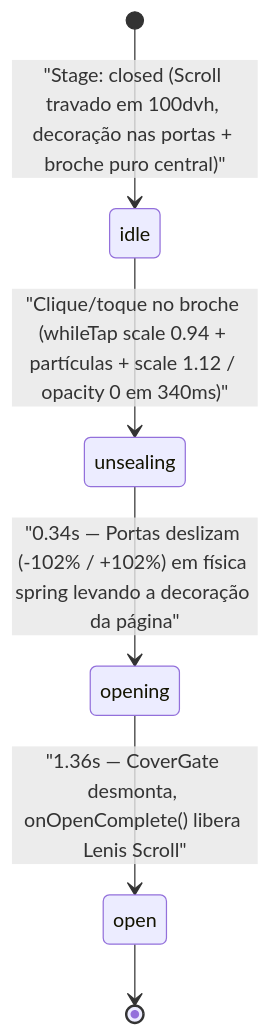
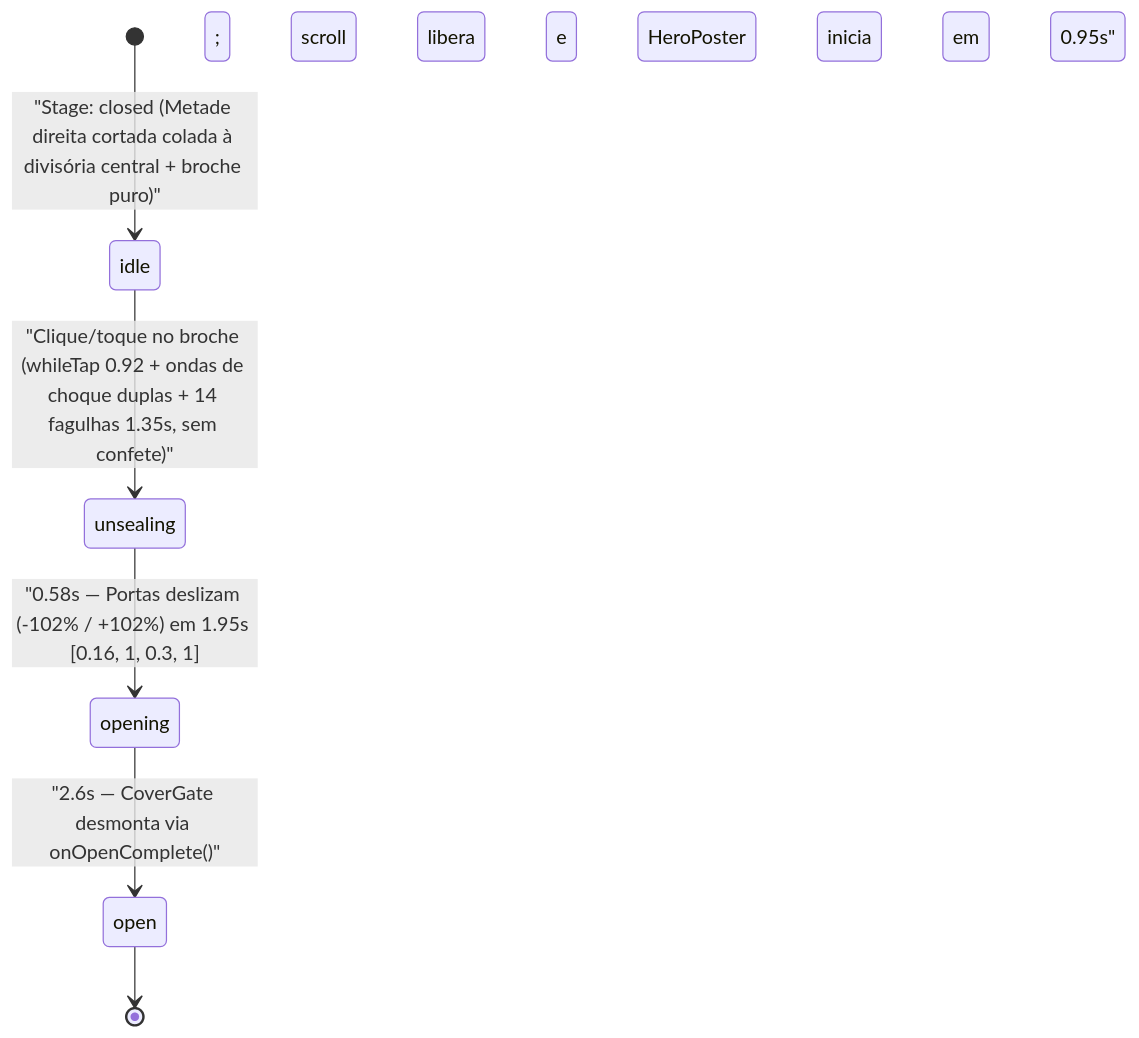
One commit to gomeslxy/carol-convite changed the diagram in Docs/02-envelope-3d-e-animacoes.md. Above: the diagram before and after it, drawn with Mermaid. The commit also changed other lines of this file and 120 other files, not shown here.

````diff
--- a/Docs/02-envelope-3d-e-animacoes.md
+++ b/Docs/02-envelope-3d-e-animacoes.md
@@ -34,8 +34,8 @@
 ```mermaid
 stateDiagram-v2
-    [*] --> idle : "Stage: closed (Scroll travado em 100dvh, decoração nas portas + broche puro central)"
-    idle --> unsealing : "Clique/toque no broche (whileTap scale 0.94 + partículas + scale 1.12 / opacity 0 em 340ms)"
-    unsealing --> opening : "0.34s — Portas deslizam (-102% / +102%) em física spring levando a decoração da página"
-    opening --> open : "1.36s — CoverGate desmonta, onOpenComplete() libera Lenis Scroll"
+    [*] --> idle : "Stage: closed (Metade direita cortada colada à divisória central + broche puro)"
+    idle --> unsealing : "Clique/toque no broche (whileTap 0.92 + ondas de choque duplas + 14 fagulhas 1.35s, sem confete)"
+    unsealing --> opening : "0.58s — Portas deslizam (-102% / +102%) em 1.95s [0.16, 1, 0.3, 1]; scroll libera e HeroPoster inicia em 0.95s"
+    opening --> open : "2.6s — CoverGate desmonta via onOpenComplete()"
     open --> [*]
 ```
````
